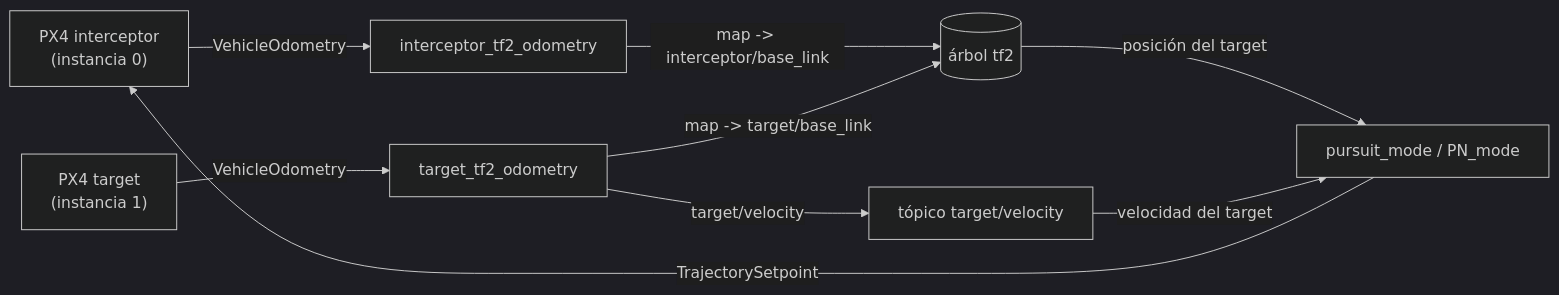
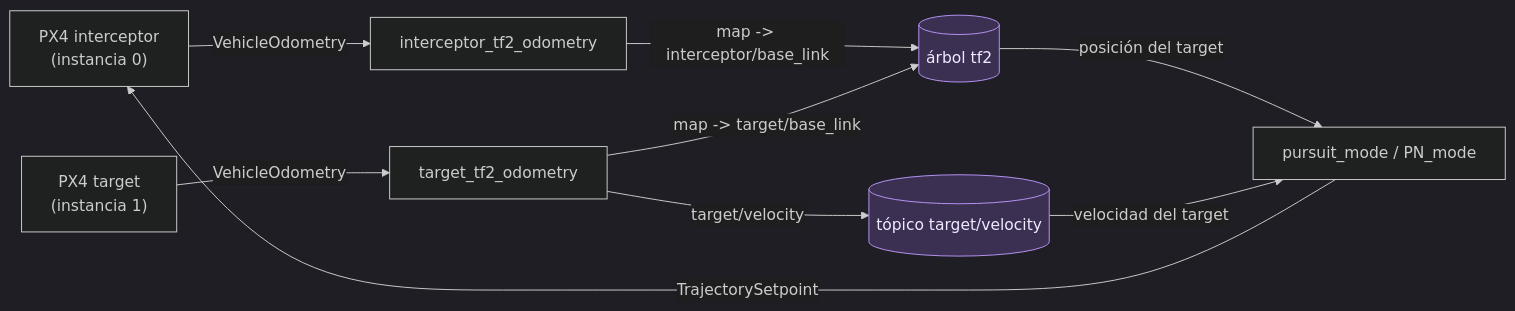
One commit to PACO-Interceptor/ws_interceptor changed the first of 2 diagrams in docs/wiki/Architecture.md. Above: the diagram before and after it, drawn with Mermaid. The commit also changed other lines of this file and 1 other file, not shown here.

````diff
--- a/docs/wiki/Architecture.md
+++ b/docs/wiki/Architecture.md
@@ -10,14 +10,17 @@
 ```mermaid
 %%{init: {"theme": "dark", "themeVariables": {"lineColor": "#cccccc", "edgeLabelBackground": "#1e1e1e"}}}%%
 flowchart LR
     PX4I["PX4 interceptor<br/>(instancia 0)"] -->|VehicleOdometry| TFI[interceptor_tf2_odometry]
     TFI -->|"map -> interceptor/base_link"| TF2[("árbol tf2")]
 
     PX4T["PX4 target<br/>(instancia 1)"] -->|VehicleOdometry| TFT[target_tf2_odometry]
     TFT -->|"map -> target/base_link"| TF2
-    TFT -->|target/velocity| VEL["tópico target/velocity"]
+    TFT -->|target/velocity| VEL[("tópico target/velocity")]
 
     TF2 -->|posición del target| MODE["pursuit_mode / PN_mode"]
     VEL -->|velocidad del target| MODE
     MODE -->|TrajectorySetpoint| PX4I
+
+    classDef datastore fill:#3b2f52,stroke:#b794f4,color:#f1eaff
+    class TF2,VEL datastore
 ```
````
